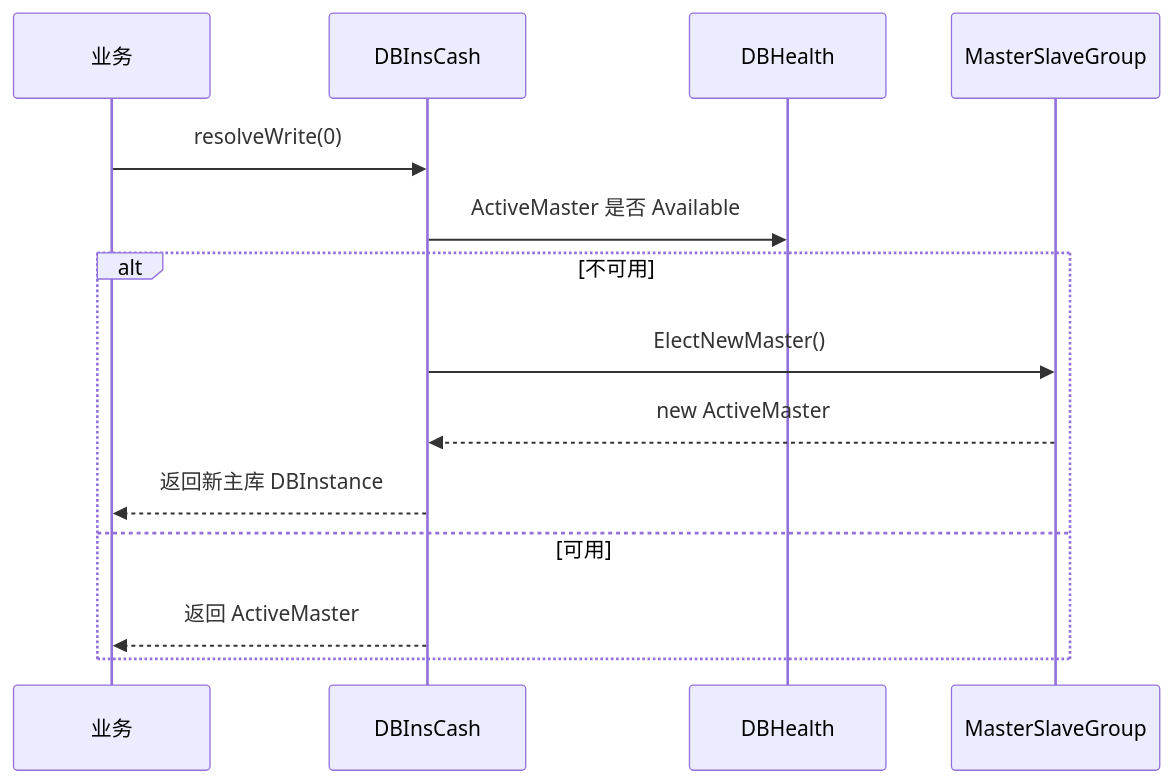
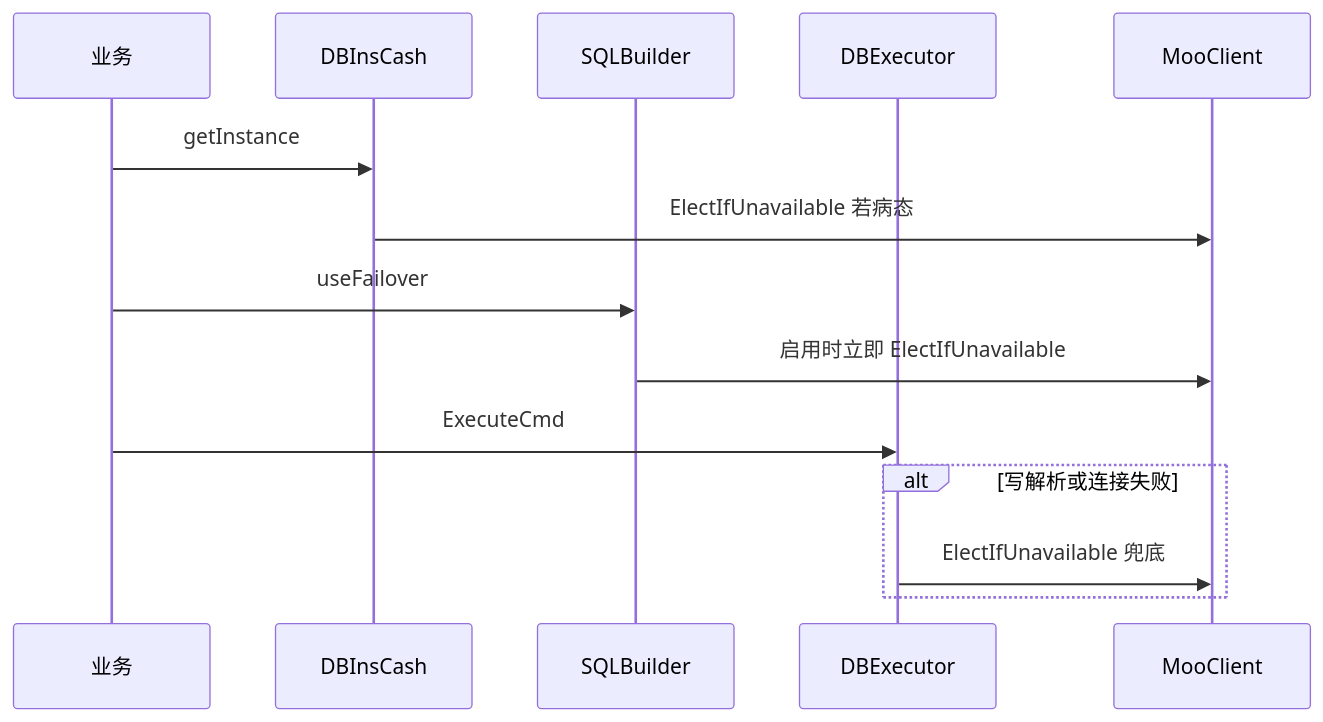
One commit to sailuosi/mooSQL changed the fifth of 6 diagrams in doc/slave/主从与多库功能设计.md. Above: the diagram before and after it, drawn with Mermaid. The commit also changed other lines of this file, not shown here.

````diff
--- a/doc/slave/主从与多库功能设计.md
+++ b/doc/slave/主从与多库功能设计.md
@@ -546,17 +639,17 @@
 ```mermaid
 sequenceDiagram
     participant Biz as 业务
     participant Cash as DBInsCash
-    participant Health as DBHealth
-    participant Group as MasterSlaveGroup
+    participant Kit as SQLBuilder
+    participant Exe as DBExecutor
+    participant Client as MooClient
 
-    Biz->>Cash: resolveWrite(0)
-    Cash->>Health: ActiveMaster 是否 Available
-    alt 不可用
-        Cash->>Group: ElectNewMaster()
-        Group-->>Cash: new ActiveMaster
-        Cash-->>Biz: 返回新主库 DBInstance
-    else 可用
-        Cash-->>Biz: 返回 ActiveMaster
+    Biz->>Cash: getInstance
+    Cash->>Client: ElectIfUnavailable 若病态
+    Biz->>Kit: useFailover
+    Kit->>Client: 启用时立即 ElectIfUnavailable
+    Biz->>Exe: ExecuteCmd
+    alt 写解析或连接失败
+        Exe->>Client: ElectIfUnavailable 兜底
     end
 ```
````
